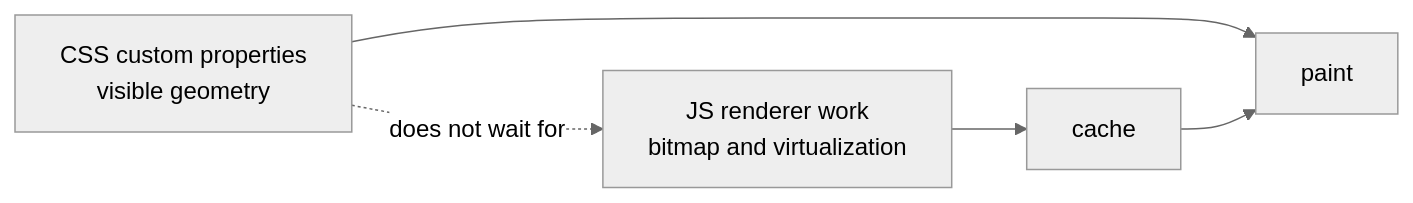
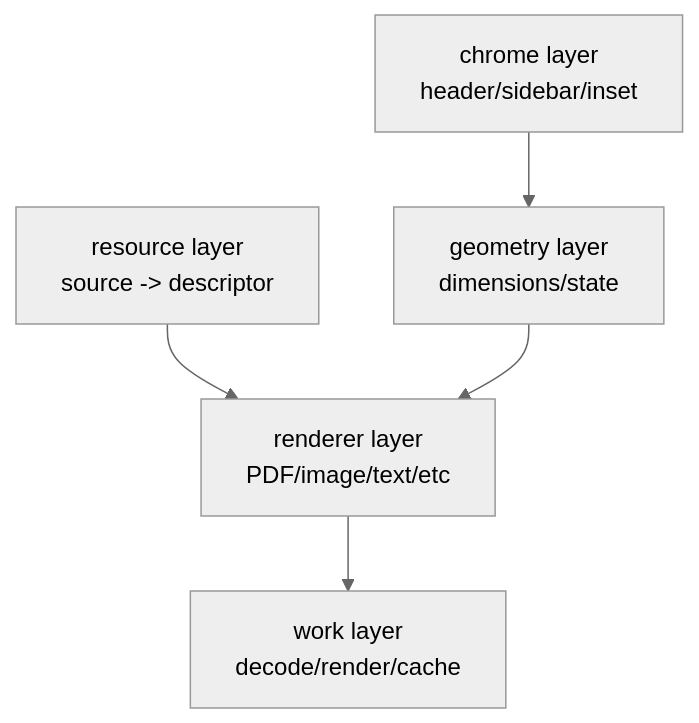
One commit to retab-dev/retab-ui changed diagram 19 of 22 in design/file-viewer-geometry-contract-blueprint.md. Above: the diagram before and after it, drawn with Mermaid (neutral theme). The commit also changed other lines of this file and 98 other files, not shown here.

````diff
--- a/design/file-viewer-geometry-contract-blueprint.md
+++ b/design/file-viewer-geometry-contract-blueprint.md
@@ -384,7 +824,13 @@
 ```mermaid
-flowchart LR
-  CSS["CSS custom properties<br/>visible geometry"] --> Paint["paint"]
-  JS["JS renderer work<br/>bitmap and virtualization"] --> Cache["cache"]
-  Cache --> Paint
-  CSS -. does not wait for .-> JS
+flowchart TB
+  Resource["resource layer<br/>source -> descriptor"]
+  Chrome["chrome layer<br/>header/sidebar/inset"]
+  Geometry["geometry layer<br/>dimensions/state"]
+  Renderer["renderer layer<br/>PDF/image/text/etc"]
+  Work["work layer<br/>decode/render/cache"]
+
+  Resource --> Renderer
+  Chrome --> Geometry
+  Geometry --> Renderer
+  Renderer --> Work
 ```
````
